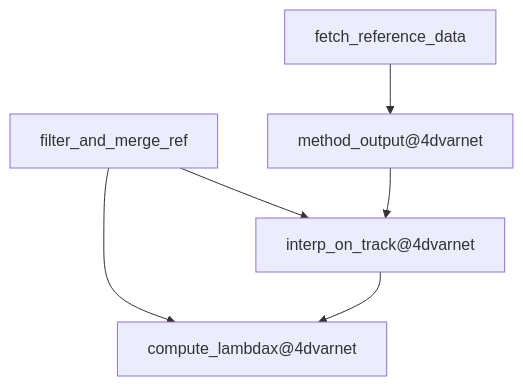
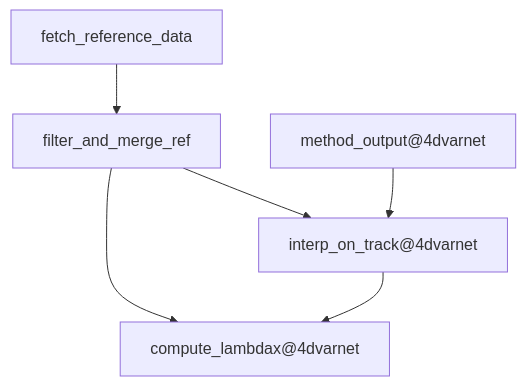
One commit to quentinf00/my_ocb changed the diagram in datachallenges/dc_ose_2021/README.md. Above: the diagram before and after it, drawn with Mermaid.

````diff
--- a/datachallenges/dc_ose_2021/README.md
+++ b/datachallenges/dc_ose_2021/README.md
@@ -3,12 +3,12 @@
 ```mermaid
 flowchart TD
         node1["compute_lambdax@4dvarnet"]
         node2["filter_and_merge_ref"]
         node3["interp_on_track@4dvarnet"]
         node4["method_output@4dvarnet"]
         node2-->node1
         node2-->node3
         node3-->node1
         node4-->node3
-        node5[fetch_reference_data]-->node4
+        node5[fetch_reference_data]-->node2
 ```
````
